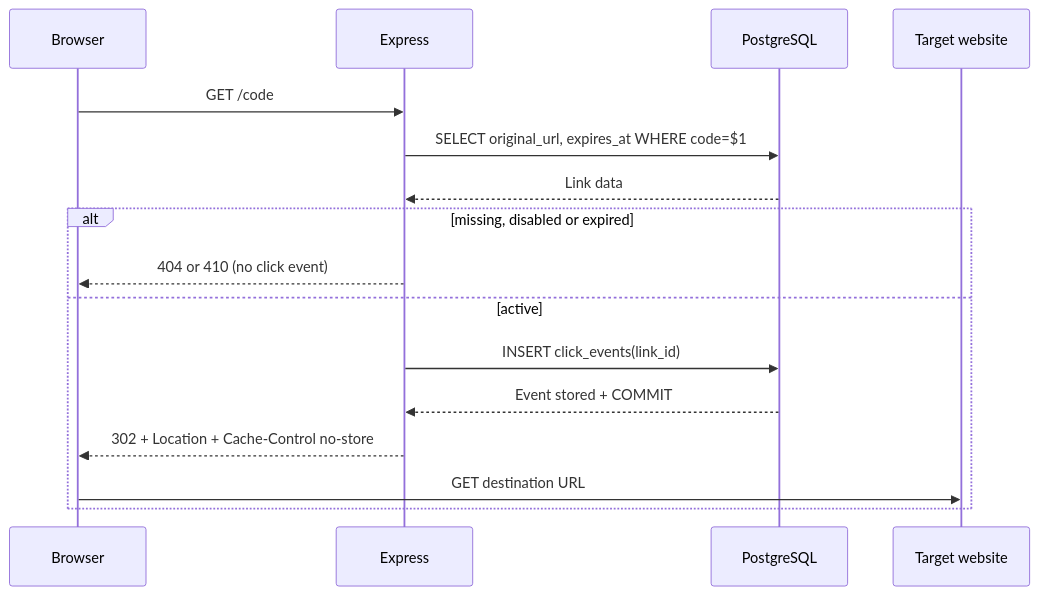
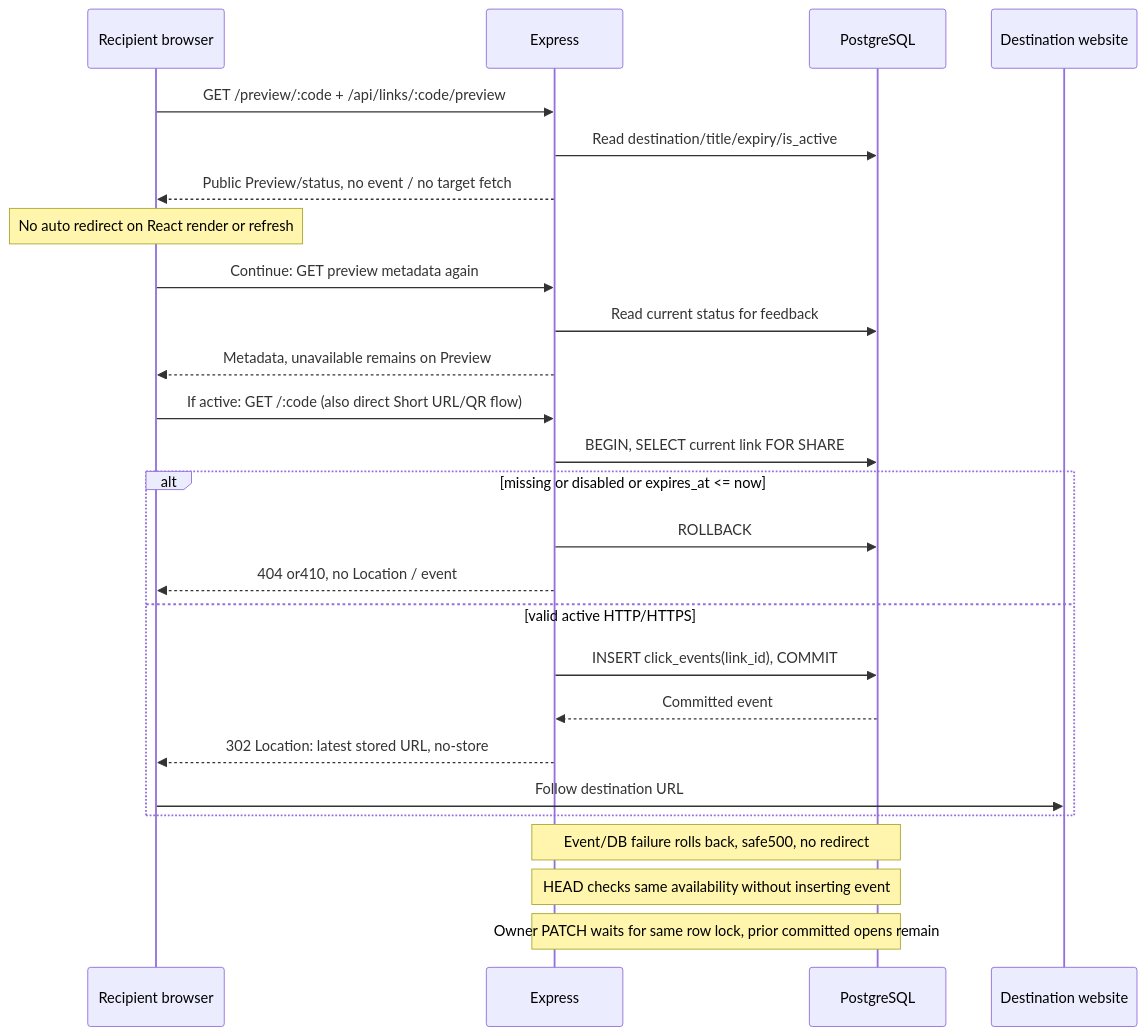
The sixth of 7 diagrams in docs/DIAGRAMS.md (nicky-wrc/short-url-system), drawn with Mermaid before and after one commit. The commit also changed other lines of this file and 29 other files, not shown here.

Commit message:
docs: align system design, DFD, ER diagrams and API with current implementation

````diff
--- a/docs/DIAGRAMS.md
+++ b/docs/DIAGRAMS.md
@@ -196,18 +235,28 @@
 ```mermaid
 sequenceDiagram
-    participant B as Browser
-    participant A as Express
-    participant D as PostgreSQL
-    participant T as Target website
-    B->>A: GET /code
-    A->>D: SELECT original_url, expires_at WHERE code=$1
-    D-->>A: Link data
-    alt missing, disabled or expired
-      A-->>B: 404 or 410 (no click event)
-    else active
-      A->>D: INSERT click_events(link_id)
-      D-->>A: Event stored + COMMIT
-      A-->>B: 302 + Location + Cache-Control no-store
-      B->>T: GET destination URL
-    end
+  participant B as Recipient browser
+  participant A as Express
+  participant D as PostgreSQL
+  participant T as Destination website
+  B->>A: GET /preview/:code + /api/links/:code/preview
+  A->>D: Read destination/title/expiry/is_active
+  A-->>B: Public Preview/status, no event / no target fetch
+  Note over B: No auto redirect on React render or refresh
+  B->>A: Continue: GET preview metadata again
+  A->>D: Read current status for feedback
+  A-->>B: Metadata, unavailable remains on Preview
+  B->>A: If active: GET /:code (also direct Short URL/QR flow)
+  A->>D: BEGIN, SELECT current link FOR SHARE
+  alt missing or disabled or expires_at <= now
+    A->>D: ROLLBACK
+    A-->>B: 404 or410, no Location / event
+  else valid active HTTP/HTTPS
+    A->>D: INSERT click_events(link_id), COMMIT
+    D-->>A: Committed event
+    A-->>B: 302 Location: latest stored URL, no-store
+    B->>T: Follow destination URL
+  end
+  Note over A,D: Event/DB failure rolls back, safe500, no redirect
+  Note over A,D: HEAD checks same availability without inserting event
+  Note over A,D: Owner PATCH waits for same row lock, prior committed opens remain
 ```
````
